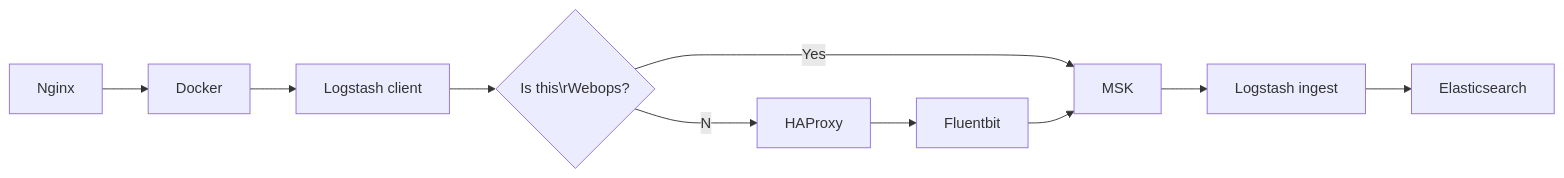
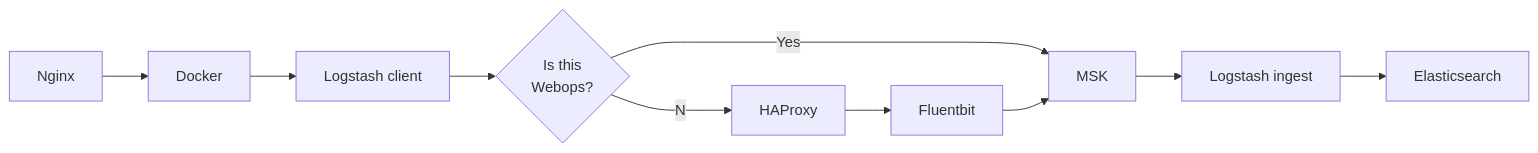
Before and after one commit to Saskia-MDTP/can-hedgehogs-fly: the diagram in README.md, drawn with Mermaid.

````diff
--- a/README.md
+++ b/README.md
@@ -6,7 +6,7 @@
 ```mermaid
   graph LR;
       Nginx-->Docker-->LC[Logstash client]
-      LC-->E{Is this\rWebops?}--Yes-->MSK;
+      LC-->E{Is this<br/>Webops?}--Yes-->MSK;
       E--No-->HAProxy-->Fluentbit-->MSK;
       MSK-->LI[Logstash ingest]--> Elasticsearch;
 ```
````
